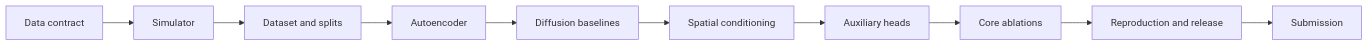
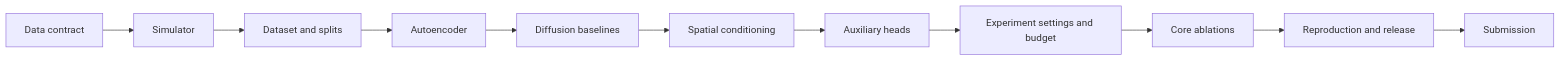
The diagram in docs/ROADMAP.md (athul1810/click2future), drawn with Mermaid before and after one commit. The commit also changed other lines of this file and 8 other files, not shown here.

````diff
--- a/docs/ROADMAP.md
+++ b/docs/ROADMAP.md
@@ -9,12 +9,13 @@
 ```mermaid
 flowchart LR
     T04[Data contract] --> T05[Simulator]
     T05 --> T06[Dataset and splits]
     T06 --> T08[Autoencoder]
     T08 --> T10[Diffusion baselines]
     T10 --> T11[Spatial conditioning]
     T11 --> T12[Auxiliary heads]
-    T12 --> T14[Core ablations]
+    T12 --> T13[Experiment settings and budget]
+    T13 --> T14[Core ablations]
     T14 --> T19[Reproduction and release]
     T19 --> T20[Submission]
 ```
````
